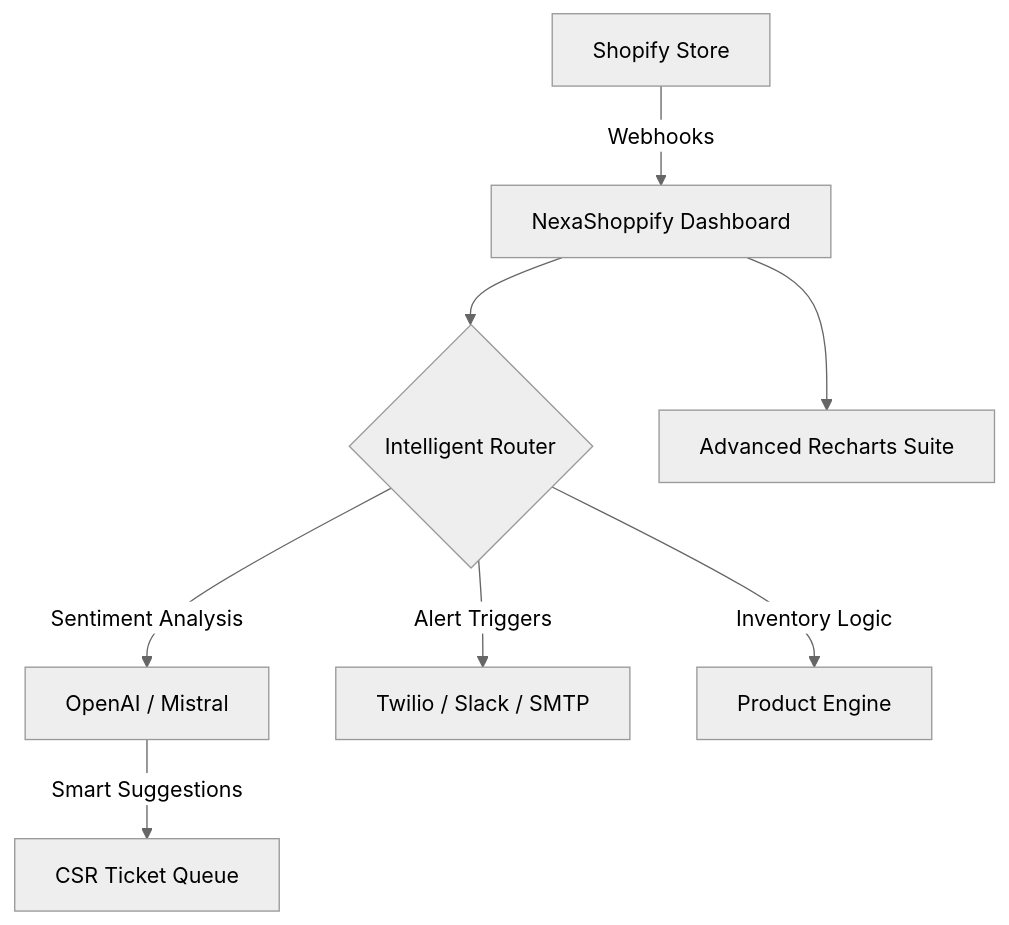
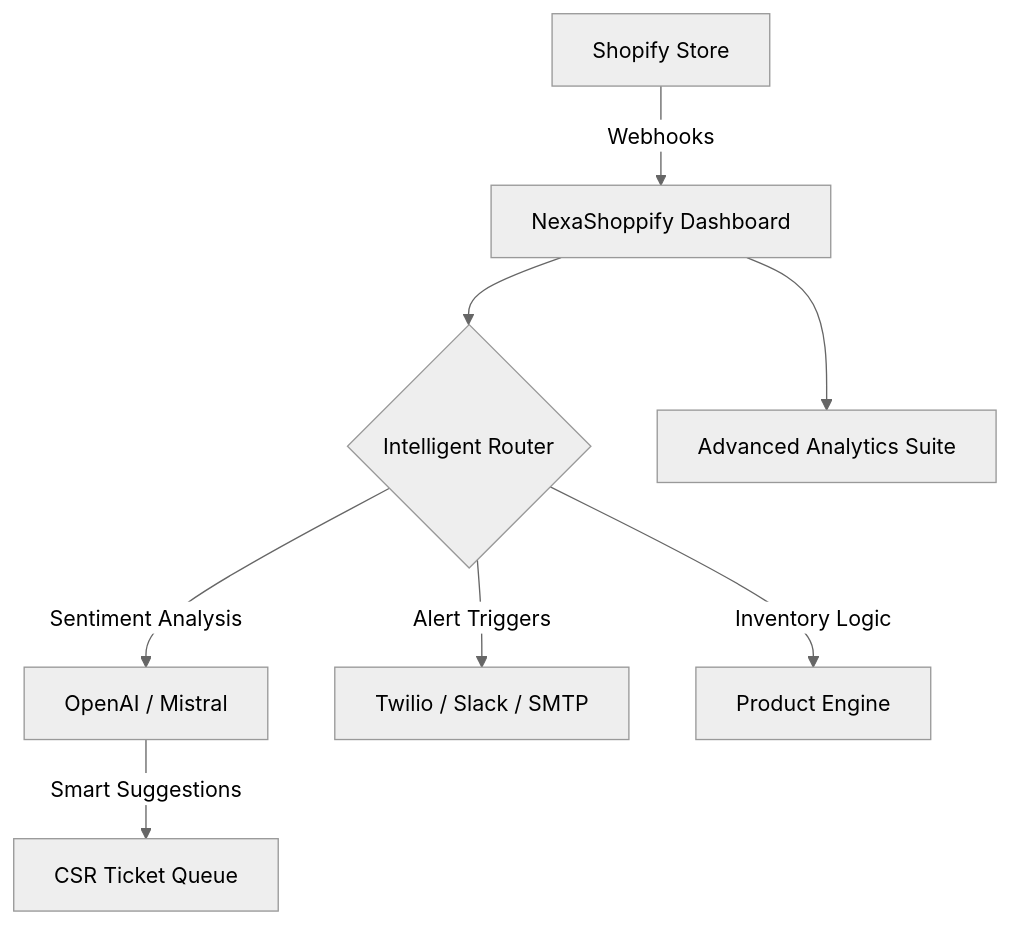
One commit to maliklogix/NexaShoppify changed the diagram in README.md. Above: the diagram before and after it, drawn with Mermaid (neutral theme). The commit also changed other lines of this file, not shown here.

````diff
--- a/README.md
+++ b/README.md
@@ -49,10 +83,10 @@
 ```mermaid
 graph TD
     A[Shopify Store] -->|Webhooks| B[NexaShoppify Dashboard]
     B --> C{Intelligent Router}
     C -->|Sentiment Analysis| D[OpenAI / Mistral]
     C -->|Alert Triggers| E[Twilio / Slack / SMTP]
     C -->|Inventory Logic| F[Product Engine]
     D -->|Smart Suggestions| G[CSR Ticket Queue]
-    B --> H[Advanced Recharts Suite]
+    B --> H[Advanced Analytics Suite]
 ```
````
